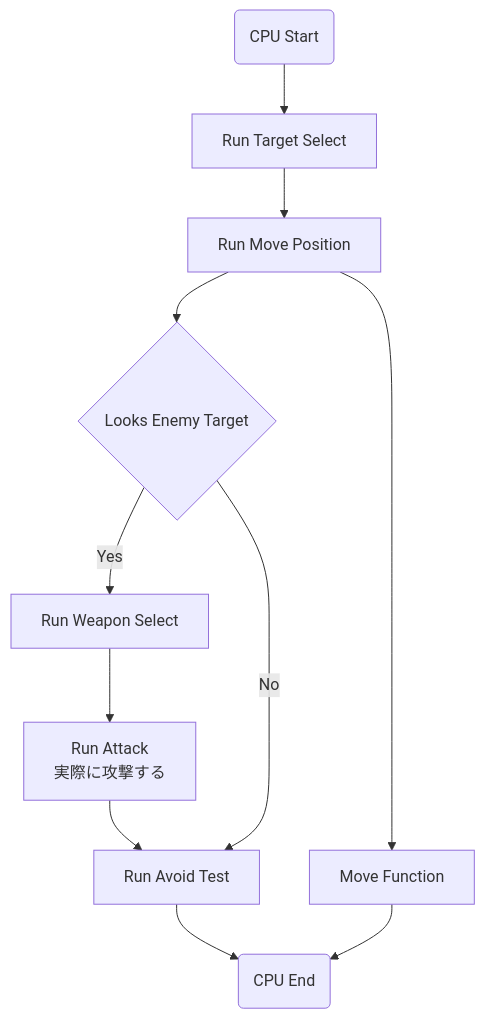
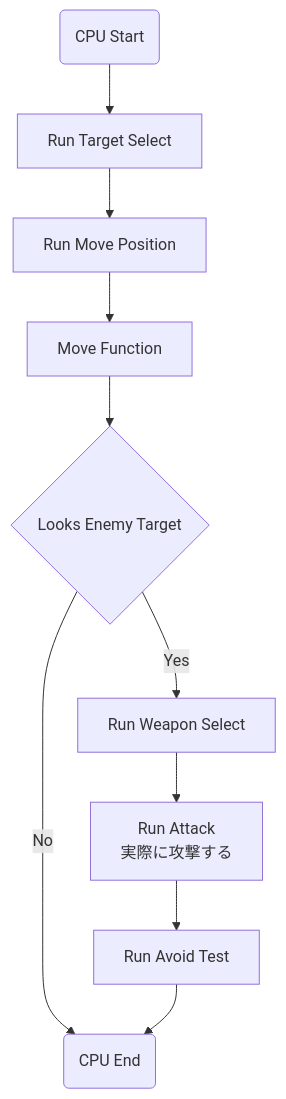
The diagram in ProjectDescription/CPU_TargetLookFlow.md (Chronoss0518/AfterToday_DemoMission_Remake), drawn with Mermaid before and after one commit.

Commit message:
MoveFunctionとAvoidTestの位置を修正

````diff
--- a/ProjectDescription/CPU_TargetLookFlow.md
+++ b/ProjectDescription/CPU_TargetLookFlow.md
@@ -3,15 +3,14 @@
 ```mermaid
 graph TD;
 
     Start(CPU Start) --> RunTargetSelect[Run Target Select];
     RunTargetSelect --> RunMovePosition[Run Move Position];
     RunMovePosition --> MoveFunction[Move Function];
-    RunMovePosition --> LooksEnemyTarget{Looks Enemy Target};
+    MoveFunction --> LooksEnemyTarget{Looks Enemy Target};
     LooksEnemyTarget -- Yes --> RunWeaponSelect[Run Weapon Select];
     RunWeaponSelect --> RunAttack[Run Attack<br>実際に攻撃する]
     RunAttack --> RunAvoidTest[Run Avoid Test];
-    LooksEnemyTarget -- No --> RunAvoidTest
-    RunAvoidTest --> End(CPU End);
-    MoveFunction --> End;
+    LooksEnemyTarget -- No --> End(CPU End)
+    RunAvoidTest --> End;
 
 ```
````
